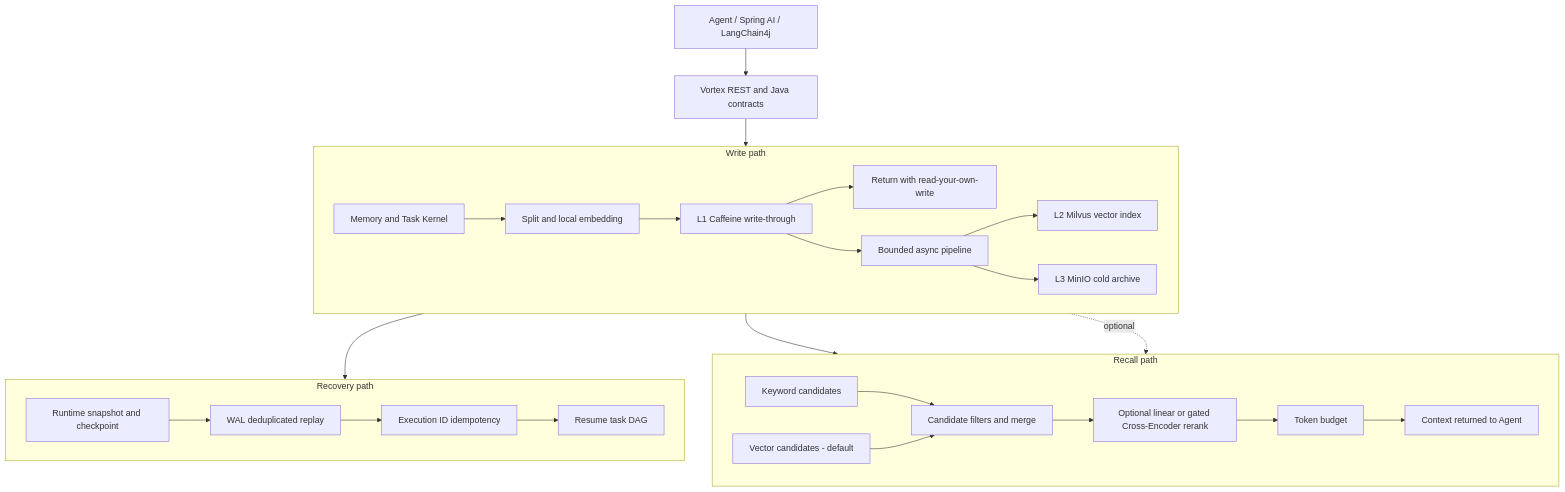
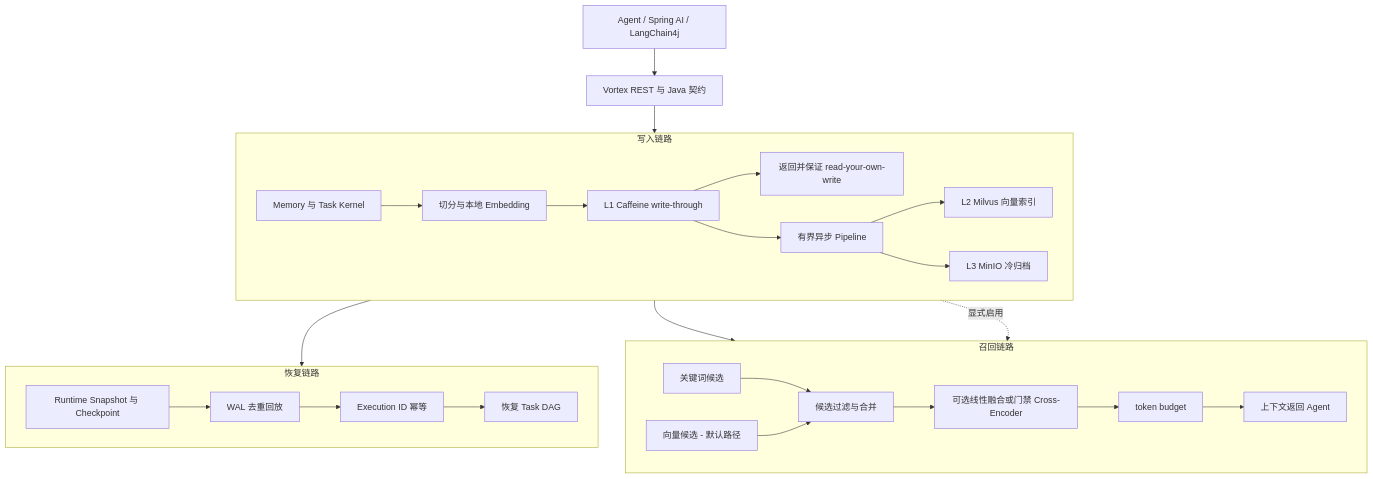
The diagram in README.md (HaibaraAi2517/Vortex), drawn with Mermaid before and after one commit. The commit also changed other lines of this file and 3 other files, not shown here.

````diff
--- a/README.md
+++ b/README.md
@@ -36,34 +42,34 @@
 ```mermaid
 flowchart TB
-    A[Agent / Spring AI / LangChain4j] --> API[Vortex REST and Java contracts]
-    API --> K[Memory and Task Kernel]
+    A[Agent / Spring AI / LangChain4j] --> API[Vortex REST 与 Java 契约]
+    API --> K[Memory 与 Task Kernel]
 
-    subgraph W[Write path]
+    subgraph W[写入链路]
         direction LR
-        K --> E[Split and local embedding]
+        K --> E[切分与本地 Embedding]
         E --> L1[L1 Caffeine write-through]
-        L1 --> ACK[Return with read-your-own-write]
-        L1 --> P[Bounded async pipeline]
-        P --> L2[L2 Milvus vector index]
-        P --> L3[L3 MinIO cold archive]
+        L1 --> ACK[返回并保证 read-your-own-write]
+        L1 --> P[有界异步 Pipeline]
+        P --> L2[L2 Milvus 向量索引]
+        P --> L3[L3 MinIO 冷归档]
     end
 
-    subgraph R[Recall path]
+    subgraph R[召回链路]
         direction LR
-        K --> VC[Vector candidates - default]
-        K -. optional .-> KW[Keyword candidates]
-        KW --> H[Candidate filters and merge]
+        K --> VC[向量候选 - 默认路径]
+        K -. 显式启用 .-> KW[关键词候选]
+        KW --> H[候选过滤与合并]
         VC --> H
-        H --> B[Optional linear or gated Cross-Encoder rerank]
-        B --> T[Token budget]
-        T --> CTX[Context returned to Agent]
+        H --> B[可选线性融合或门禁 Cross-Encoder]
+        B --> T[token budget]
+        T --> CTX[上下文返回 Agent]
     end
 
-    subgraph S[Recovery path]
+    subgraph S[恢复链路]
         direction LR
-        K --> CP[Runtime snapshot and checkpoint]
-        CP --> WAL[WAL deduplicated replay]
-        WAL --> ID[Execution ID idempotency]
-        ID --> RES[Resume task DAG]
+        K --> CP[Runtime Snapshot 与 Checkpoint]
+        CP --> WAL[WAL 去重回放]
+        WAL --> ID[Execution ID 幂等]
+        ID --> RES[恢复 Task DAG]
     end
 ```
````
